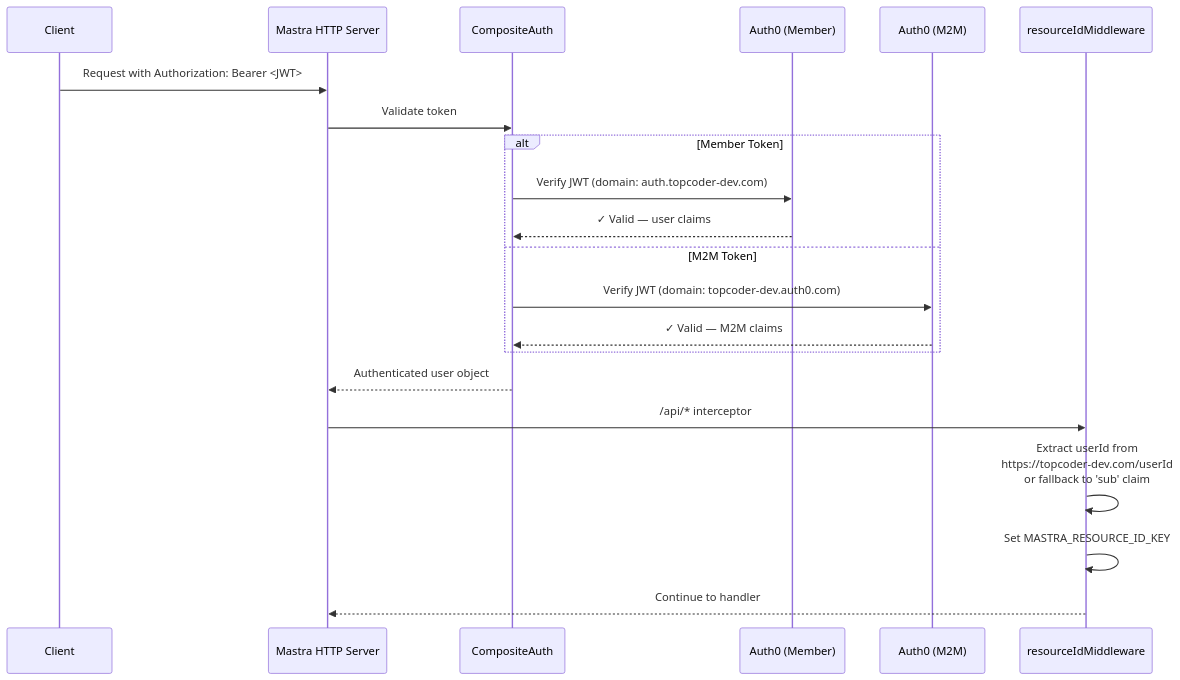
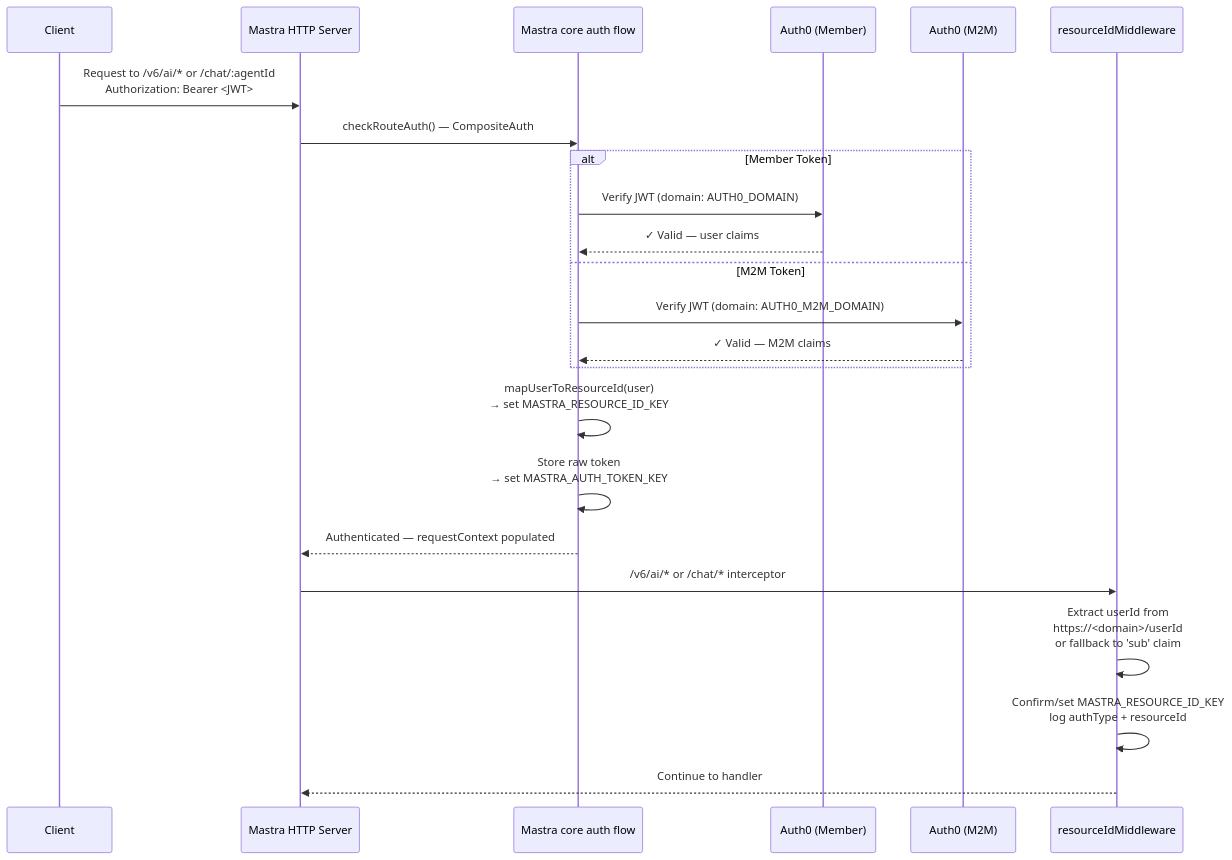
Before and after one commit to topcoder-platform/tc-ai-api: the second of 4 diagrams in README.md, drawn with Mermaid. The commit also changed other lines of this file and 10 other files, not shown here.

Commit message:
requestor token first auth

````diff
--- a/README.md
+++ b/README.md
@@ -626,27 +676,29 @@
 ```mermaid
 sequenceDiagram
     participant Client
     participant Server as Mastra HTTP Server
-    participant CompositeAuth as CompositeAuth
+    participant CoreAuth as Mastra core auth flow
     participant MemberAuth as Auth0 (Member)
     participant M2MAuth as Auth0 (M2M)
     participant ResMiddleware as resourceIdMiddleware
 
-    Client->>Server: Request with Authorization: Bearer <JWT>
-    Server->>CompositeAuth: Validate token
+    Client->>Server: Request to /v6/ai/* or /chat/:agentId<br/>Authorization: Bearer <JWT>
+    Server->>CoreAuth: checkRouteAuth() — CompositeAuth
 
     alt Member Token
-        CompositeAuth->>MemberAuth: Verify JWT (domain: auth.topcoder-dev.com)
-        MemberAuth-->>CompositeAuth: ✓ Valid — user claims
+        CoreAuth->>MemberAuth: Verify JWT (domain: AUTH0_DOMAIN)
+        MemberAuth-->>CoreAuth: ✓ Valid — user claims
     else M2M Token
-        CompositeAuth->>M2MAuth: Verify JWT (domain: topcoder-dev.auth0.com)
-        M2MAuth-->>CompositeAuth: ✓ Valid — M2M claims
+        CoreAuth->>M2MAuth: Verify JWT (domain: AUTH0_M2M_DOMAIN)
+        M2MAuth-->>CoreAuth: ✓ Valid — M2M claims
     end
 
-    CompositeAuth-->>Server: Authenticated user object
+    CoreAuth->>CoreAuth: mapUserToResourceId(user)<br/>→ set MASTRA_RESOURCE_ID_KEY
+    CoreAuth->>CoreAuth: Store raw token<br/>→ set MASTRA_AUTH_TOKEN_KEY
+    CoreAuth-->>Server: Authenticated — requestContext populated
 
-    Server->>ResMiddleware: /api/* interceptor
-    ResMiddleware->>ResMiddleware: Extract userId from<br/>https://topcoder-dev.com/userId<br/>or fallback to 'sub' claim
-    ResMiddleware->>ResMiddleware: Set MASTRA_RESOURCE_ID_KEY
+    Server->>ResMiddleware: /v6/ai/* or /chat/* interceptor
+    ResMiddleware->>ResMiddleware: Extract userId from<br/>https://<domain>/userId<br/>or fallback to 'sub' claim
+    ResMiddleware->>ResMiddleware: Confirm/set MASTRA_RESOURCE_ID_KEY<br/>log authType + resourceId
     ResMiddleware-->>Server: Continue to handler
 ```
````
